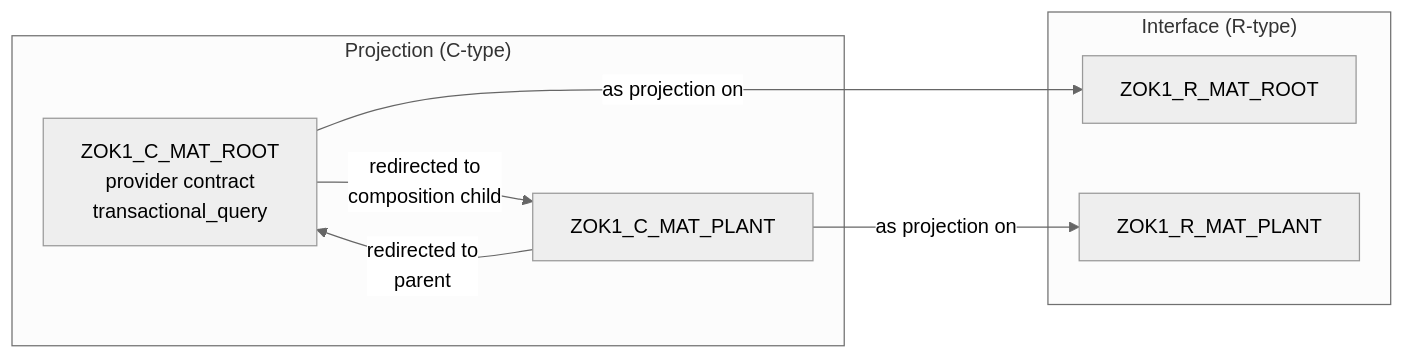
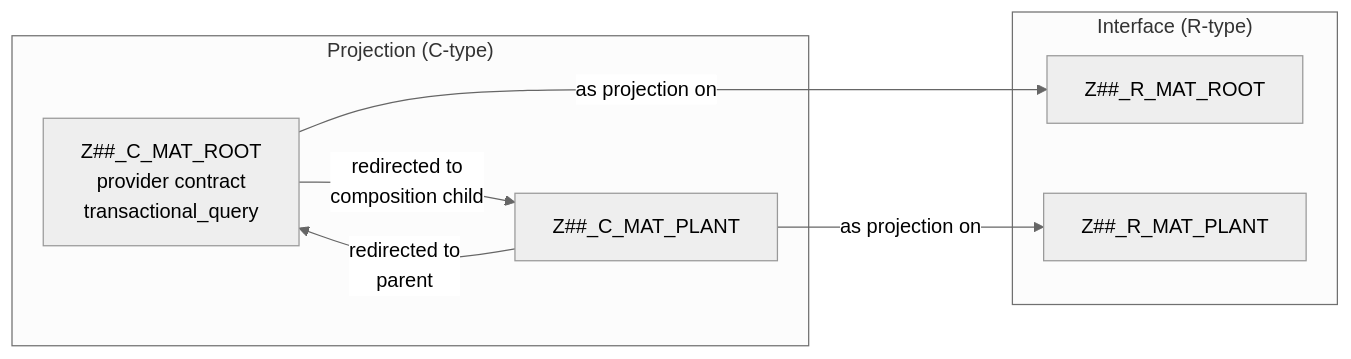
Before and after one commit to fr0ster/cloud-llm-hub: the eighth of 10 diagrams in docs/tutorials/rap-bo-creation.md, drawn with Mermaid (neutral theme). The commit also changed other lines of this file, not shown here.

````diff
--- a/docs/tutorials/rap-bo-creation.md
+++ b/docs/tutorials/rap-bo-creation.md
@@ -386,17 +386,17 @@
 ```mermaid
 graph LR
     subgraph "Projection (C-type)"
-        C_ROOT[ZOK1_C_MAT_ROOT<br/>provider contract<br/>transactional_query]
-        C_PLANT[ZOK1_C_MAT_PLANT]
+        C_ROOT[Z##_C_MAT_ROOT<br/>provider contract<br/>transactional_query]
+        C_PLANT[Z##_C_MAT_PLANT]
     end
 
     subgraph "Interface (R-type)"
-        R_ROOT[ZOK1_R_MAT_ROOT]
-        R_PLANT[ZOK1_R_MAT_PLANT]
+        R_ROOT[Z##_R_MAT_ROOT]
+        R_PLANT[Z##_R_MAT_PLANT]
     end
 
     C_ROOT -->|"as projection on"| R_ROOT
     C_PLANT -->|"as projection on"| R_PLANT
     C_ROOT -->|"redirected to<br/>composition child"| C_PLANT
     C_PLANT -->|"redirected to<br/>parent"| C_ROOT
 ```
````
